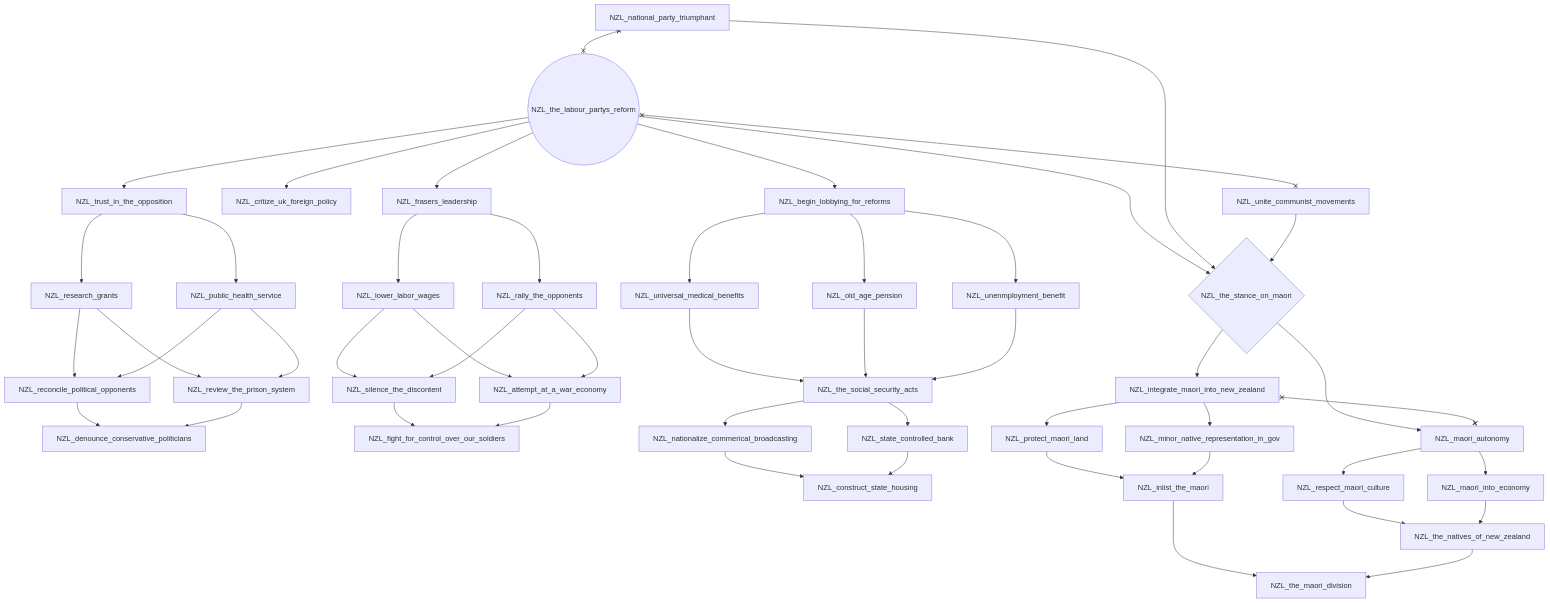
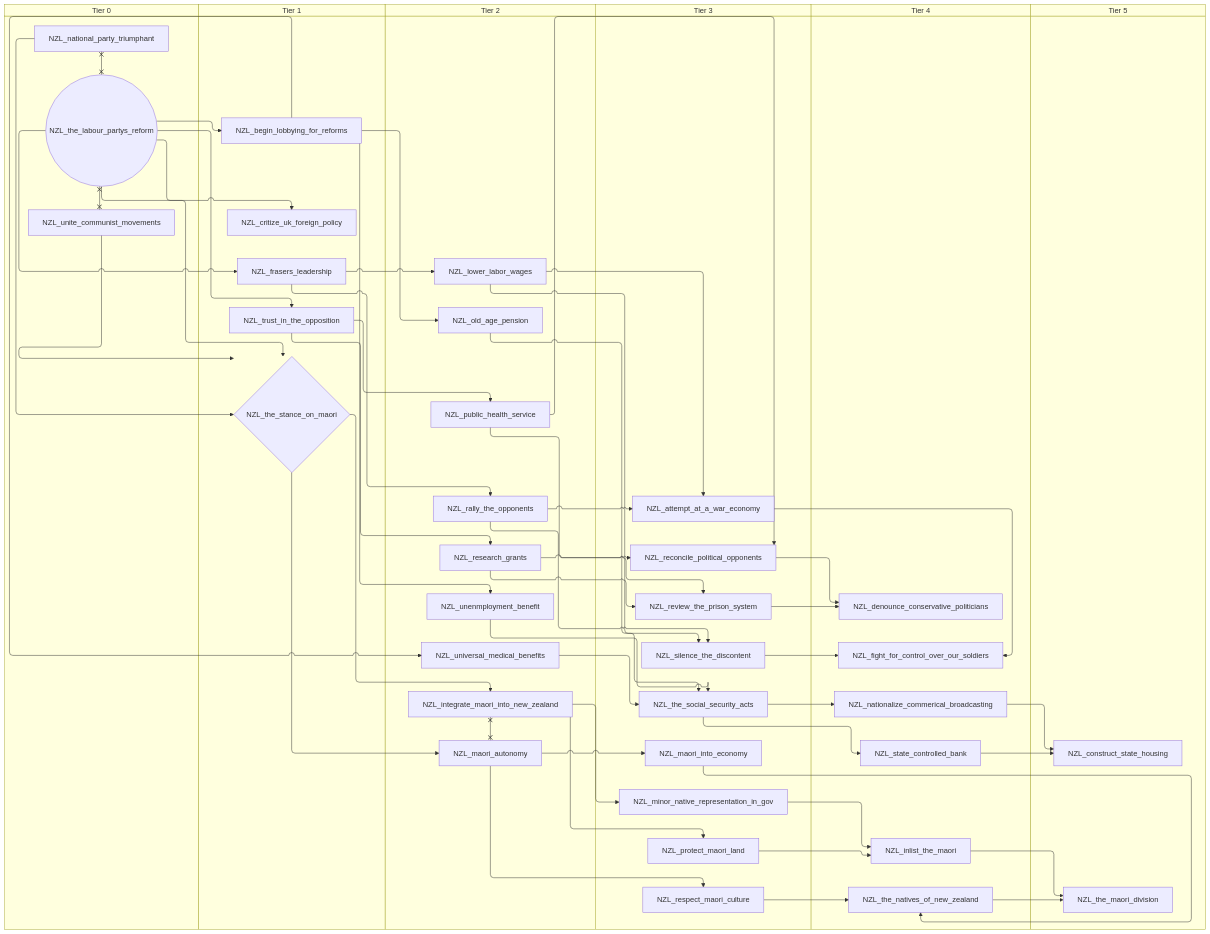
Before and after one commit to evgeny-sobol/hoi4-sandbox-mode-r56: the tenth of 11 diagrams in docs/gdd/National Focuses/r56/new_zealand.md, drawn with Mermaid. The commit also changed other lines of this file and 423 other files, not shown here.

First line of the commit message:
Re-export Rt56 focus trees as swimlane diagrams

````diff
--- a/docs/gdd/National Focuses/r56/new_zealand.md
+++ b/docs/gdd/National Focuses/r56/new_zealand.md
@@ -334,85 +418,97 @@
 ```mermaid
-flowchart TD
-    n107["NZL_attempt_at_a_war_economy"]
-    n108["NZL_begin_lobbying_for_reforms"]
-    n109["NZL_construct_state_housing"]
-    n110["NZL_critize_uk_foreign_policy"]
-    n111["NZL_denounce_conservative_politicians"]
-    n112["NZL_fight_for_control_over_our_soldiers"]
-    n113["NZL_frasers_leadership"]
-    n83["NZL_inlist_the_maori"]
-    n84["NZL_integrate_maori_into_new_zealand"]
-    n114["NZL_lower_labor_wages"]
-    n85["NZL_maori_autonomy"]
-    n86["NZL_maori_into_economy"]
-    n87["NZL_minor_native_representation_in_gov"]
-    n88["NZL_national_party_triumphant"]
-    n115["NZL_nationalize_commerical_broadcasting"]
-    n116["NZL_old_age_pension"]
-    n90["NZL_protect_maori_land"]
-    n117["NZL_public_health_service"]
-    n118["NZL_rally_the_opponents"]
-    n119["NZL_reconcile_political_opponents"]
-    n120["NZL_research_grants"]
-    n91["NZL_respect_maori_culture"]
-    n121["NZL_review_the_prison_system"]
-    n122["NZL_silence_the_discontent"]
-    n123["NZL_state_controlled_bank"]
-    n93(("NZL_the_labour_partys_reform"))
-    n94["NZL_the_maori_division"]
-    n95["NZL_the_natives_of_new_zealand"]
-    n124["NZL_the_social_security_acts"]
-    n96{"NZL_the_stance_on_maori"}
-    n125["NZL_trust_in_the_opposition"]
-    n126["NZL_unenmployment_benefit"]
-    n97["NZL_unite_communist_movements"]
-    n127["NZL_universal_medical_benefits"]
-    n114 --> n107
-    n118 --> n107
-    n93 --> n108
-    n115 --> n109
-    n123 --> n109
-    n93 --> n110
-    n119 --> n111
-    n121 --> n111
-    n122 --> n112
-    n107 --> n112
-    n93 --> n113
-    n90 --> n83
-    n87 --> n83
-    n96 --> n84
-    n113 --> n114
-    n96 --> n85
+swimlane-beta TD
+    subgraph tier_0["Tier 0"]
+        n75["NZL_national_party_triumphant"]
+        n76(("NZL_the_labour_partys_reform"))
+        n77["NZL_unite_communist_movements"]
+    end
+    subgraph tier_1["Tier 1"]
+        n107["NZL_begin_lobbying_for_reforms"]
+        n108["NZL_critize_uk_foreign_policy"]
+        n109["NZL_frasers_leadership"]
+        n81{"NZL_the_stance_on_maori"}
+        n110["NZL_trust_in_the_opposition"]
+    end
+    subgraph tier_2["Tier 2"]
+        n84["NZL_integrate_maori_into_new_zealand"]
+        n111["NZL_lower_labor_wages"]
+        n85["NZL_maori_autonomy"]
+        n112["NZL_old_age_pension"]
+        n113["NZL_public_health_service"]
+        n114["NZL_rally_the_opponents"]
+        n115["NZL_research_grants"]
+        n116["NZL_unenmployment_benefit"]
+        n117["NZL_universal_medical_benefits"]
+    end
+    subgraph tier_3["Tier 3"]
+        n118["NZL_attempt_at_a_war_economy"]
+        n86["NZL_maori_into_economy"]
+        n87["NZL_minor_native_representation_in_gov"]
+        n88["NZL_protect_maori_land"]
+        n119["NZL_reconcile_political_opponents"]
+        n89["NZL_respect_maori_culture"]
+        n120["NZL_review_the_prison_system"]
+        n121["NZL_silence_the_discontent"]
+        n122["NZL_the_social_security_acts"]
+    end
+    subgraph tier_4["Tier 4"]
+        n123["NZL_denounce_conservative_politicians"]
+        n124["NZL_fight_for_control_over_our_soldiers"]
+        n92["NZL_inlist_the_maori"]
+        n125["NZL_nationalize_commerical_broadcasting"]
+        n126["NZL_state_controlled_bank"]
+        n94["NZL_the_natives_of_new_zealand"]
+    end
+    subgraph tier_5["Tier 5"]
+        n127["NZL_construct_state_housing"]
+        n98["NZL_the_maori_division"]
+    end
+    n111 --> n118
+    n114 --> n118
+    n76 --> n107
+    n125 --> n127
+    n126 --> n127
+    n76 --> n108
+    n119 --> n123
+    n120 --> n123
+    n121 --> n124
+    n118 --> n124
+    n76 --> n109
+    n88 --> n92
+    n87 --> n92
+    n81 --> n84
+    n109 --> n111
+    n81 --> n85
     n85 --> n86
     n84 --> n87
-    n124 --> n115
-    n108 --> n116
-    n84 --> n90
-    n125 --> n117
-    n113 --> n118
-    n120 --> n119
-    n117 --> n119
-    n125 --> n120
-    n85 --> n91
-    n120 --> n121
-    n117 --> n121
-    n114 --> n122
-    n118 --> n122
-    n124 --> n123
-    n83 --> n94
-    n95 --> n94
-    n91 --> n95
-    n86 --> n95
-    n127 --> n124
-    n116 --> n124
-    n126 --> n124
-    n93 --> n96
-    n88 --> n96
-    n97 --> n96
-    n93 --> n125
-    n108 --> n126
-    n108 --> n127
+    n122 --> n125
+    n107 --> n112
+    n84 --> n88
+    n110 --> n113
+    n109 --> n114
+    n115 --> n119
+    n113 --> n119
+    n110 --> n115
+    n85 --> n89
+    n115 --> n120
+    n113 --> n120
+    n111 --> n121
+    n114 --> n121
+    n122 --> n126
+    n92 --> n98
+    n94 --> n98
+    n89 --> n94
+    n86 --> n94
+    n117 --> n122
+    n112 --> n122
+    n116 --> n122
+    n76 --> n81
+    n75 --> n81
+    n77 --> n81
+    n76 --> n110
+    n107 --> n116
+    n107 --> n117
     n84 x--x n85
-    n88 x--x n93
-    n93 x--x n97
+    n75 x--x n76
+    n76 x--x n77
 ```
````
